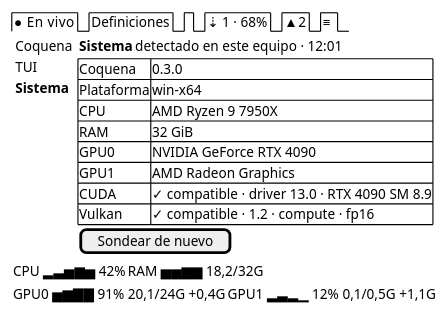
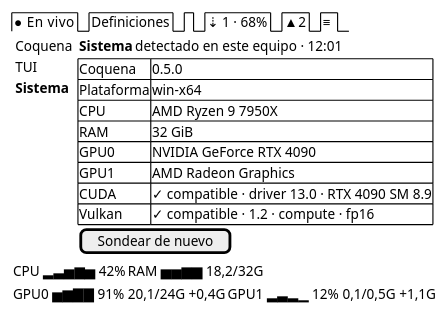
One commit to mstranich/coquena changed the diagram in docs/design/tui/G-configuracion-sistema.salt.puml. Above: the diagram before and after it, drawn with PlantUML. The commit also changed 75 other files, not shown here.

```diff
--- a/docs/design/tui/G-configuracion-sistema.salt.puml
+++ b/docs/design/tui/G-configuracion-sistema.salt.puml
@@ -1,29 +1,29 @@
 @startsalt
 {
   {/ ● En vivo | Definiciones | . | ⇣ 1 · 68% | ▲ 2 | <b>≡ }
   {
     {
     {
       Coquena
       TUI
       <b>Sistema
     }
     } | {
       { <b>Sistema | detectado en este equipo · 12:01 }
       {#
-        Coquena | 0.3.0
+        Coquena | 0.5.0
         Plataforma | win-x64
         CPU | AMD Ryzen 9 7950X
         RAM | 32 GiB
         GPU0 | NVIDIA GeForce RTX 4090
         GPU1 | AMD Radeon Graphics
         CUDA | ✓ compatible · driver 13.0 · RTX 4090 SM 8.9
         Vulkan | ✓ compatible · 1.2 · compute · fp16
       }
       [Sondear de nuevo]
     }
   }
   { CPU ▂▃▅▆▅ 42% | RAM ▅▅▆▆ 18,2/32G }
   { GPU0 ▅▆▇▇ 91% 20,1/24G +0,4G | GPU1 ▂▃▂▁ 12% 0,1/0,5G +1,1G }
 }
 @endsalt
```
